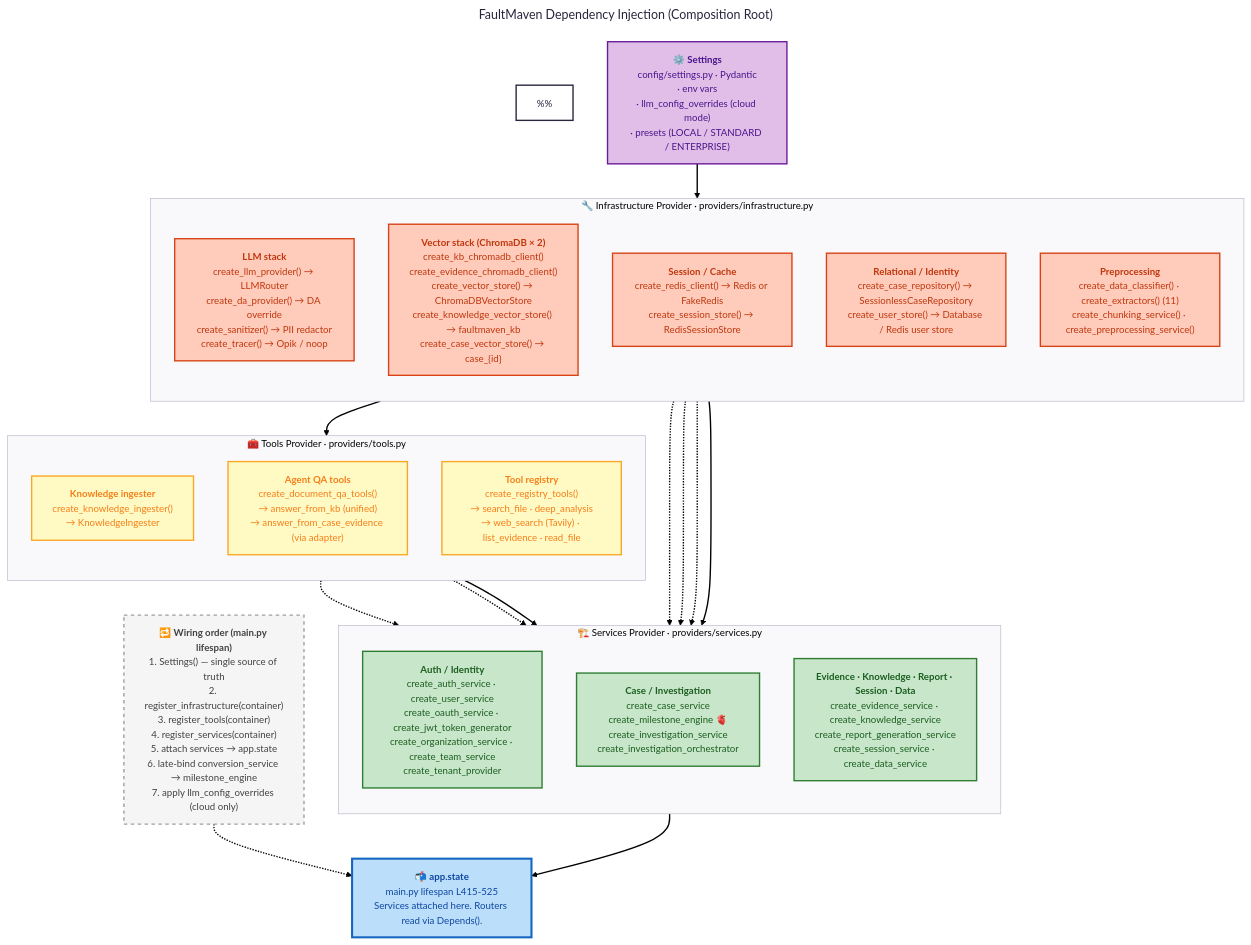
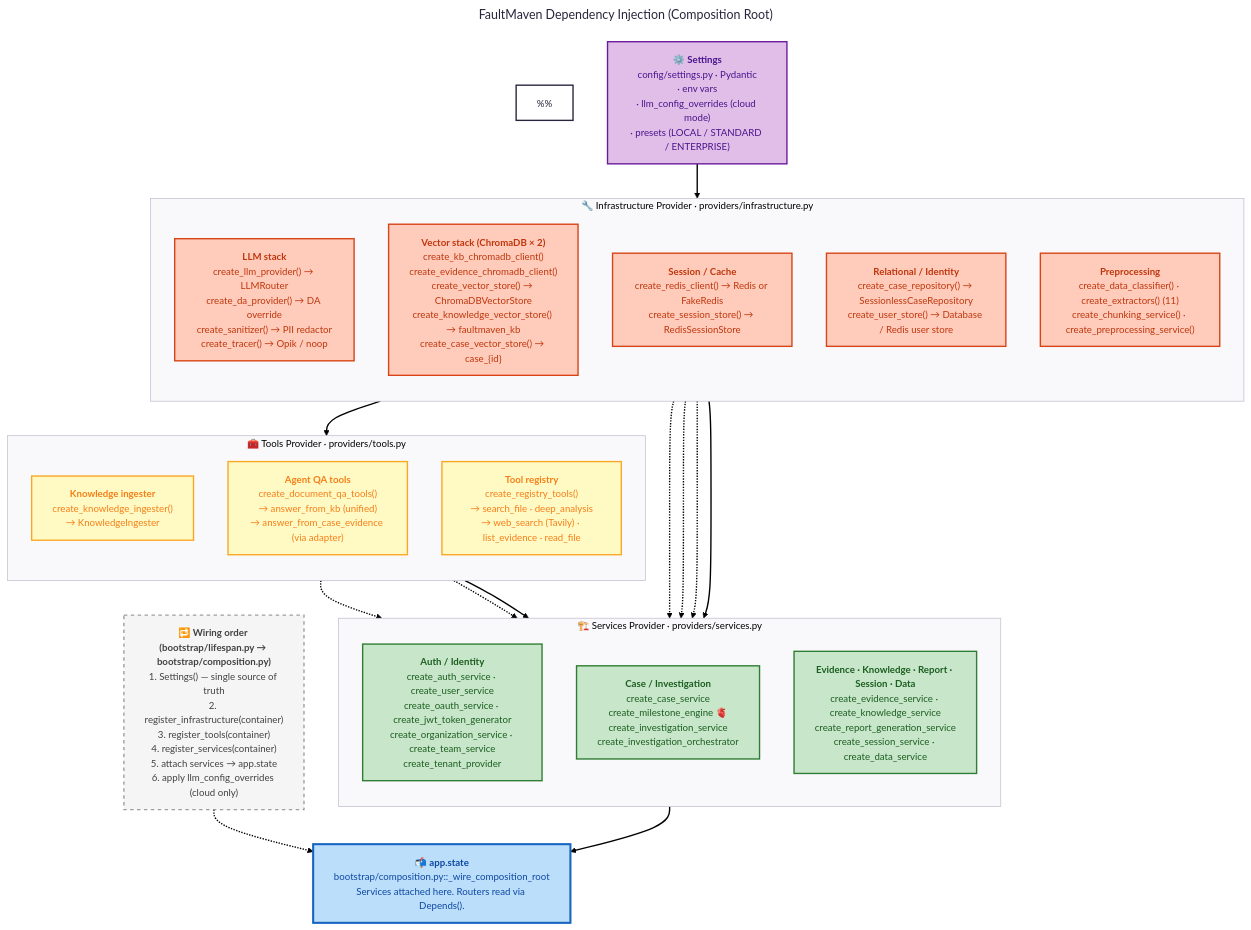
Before and after one commit to FaultMaven/faultmaven: the diagram in docs/architecture/diagrams/DI-diagram.mmd, drawn with Mermaid. The commit also changed 10 other files, not shown here.

First line of the commit message:
docs: point composition root / lifespan / middleware references at bootstrap/ (fm#1707)

```diff
--- a/docs/architecture/diagrams/DI-diagram.mmd
+++ b/docs/architecture/diagrams/DI-diagram.mmd
@@ -1,104 +1,105 @@
 ---
 config:
   theme: redux
   layout: dagre
   look: classic
 title: "FaultMaven Dependency Injection (Composition Root)"
 ---
 flowchart TB
 %% How services get composed from infrastructure at startup.
 %% Sibling primary diagram: system-architecture.mmd
 %%
 %% Sources (file:symbol):
-%%   faultmaven/main.py::lifespan                          (L325-525)
+%%   faultmaven/bootstrap/lifespan.py::lifespan             (L32-514)
+%%   faultmaven/bootstrap/composition.py::_wire_composition_root (app.state attachment, L184-516)
 %%   faultmaven/container/_container_impl.py               (init + register_* wrappers)
 %%   faultmaven/container/providers/infrastructure.py      (infra bindings)
 %%   faultmaven/container/providers/tools.py               (tools bindings)
 %%   faultmaven/container/providers/services.py            (service bindings)
 
     %% ============================================================
     %% TIER 1 — CONFIGURATION (single source of truth)
     %% ============================================================
     Settings["⚙️ <b>Settings</b><br/>config/settings.py · Pydantic<br/>· env vars<br/>· llm_config_overrides (cloud mode)<br/>· presets (LOCAL / STANDARD / ENTERPRISE)"]
 
     %% ============================================================
     %% TIER 2 — INFRASTRUCTURE PROVIDER
     %%   Creates stateless + shared-client primitives.
     %%   No business logic. Never depends on other providers.
     %% ============================================================
     subgraph INFRA["🔧 Infrastructure Provider &middot; providers/infrastructure.py"]
         direction TB
         Infra_LLM["<b>LLM stack</b><br/>create_llm_provider() → LLMRouter<br/>create_da_provider() → DA override<br/>create_sanitizer() → PII redactor<br/>create_tracer() → Opik / noop"]
         Infra_Vec["<b>Vector stack (ChromaDB × 2)</b><br/>create_kb_chromadb_client()<br/>create_evidence_chromadb_client()<br/>create_vector_store() → ChromaDBVectorStore<br/>create_knowledge_vector_store() → faultmaven_kb<br/>create_case_vector_store() → case_{id}"]
         Infra_Session["<b>Session / Cache</b><br/>create_redis_client() → Redis or FakeRedis<br/>create_session_store() → RedisSessionStore"]
         Infra_Persist["<b>Relational / Identity</b><br/>create_case_repository() → SessionlessCaseRepository<br/>create_user_store() → Database / Redis user store"]
         Infra_Prep["<b>Preprocessing</b><br/>create_data_classifier() · create_extractors() (11)<br/>create_chunking_service() · create_preprocessing_service()"]
     end
 
     %% ============================================================
     %% TIER 3 — TOOLS PROVIDER
     %%   Agent-facing tools. Depends on infrastructure only.
     %% ============================================================
     subgraph TOOLS["🧰 Tools Provider &middot; providers/tools.py"]
         direction TB
         Tools_Ingest["<b>Knowledge ingester</b><br/>create_knowledge_ingester()<br/>→ KnowledgeIngester"]
         Tools_QA["<b>Agent QA tools</b><br/>create_document_qa_tools()<br/>→ answer_from_kb (unified)<br/>→ answer_from_case_evidence (via adapter)"]
         Tools_Registry["<b>Tool registry</b><br/>create_registry_tools()<br/>→ search_file · deep_analysis<br/>→ web_search (Tavily) · list_evidence · read_file"]
     end
 
     %% ============================================================
     %% TIER 4 — SERVICES PROVIDER
     %%   Business logic. Depends on infrastructure + tools.
     %% ============================================================
     subgraph SERVICES["🏗️ Services Provider &middot; providers/services.py"]
         direction TB
         Svc_Auth["<b>Auth / Identity</b><br/>create_auth_service · create_user_service<br/>create_oauth_service · create_jwt_token_generator<br/>create_organization_service · create_team_service<br/>create_tenant_provider"]
         Svc_Case["<b>Case / Investigation</b><br/>create_case_service<br/>create_milestone_engine 🫀<br/>create_investigation_service<br/>create_investigation_orchestrator"]
         Svc_Other["<b>Evidence · Knowledge · Report · Session · Data</b><br/>create_evidence_service · create_knowledge_service<br/>create_report_generation_service<br/>create_session_service · create_data_service"]
     end
 
     %% ============================================================
     %% TIER 5 — APP.STATE
     %%   Where routers discover services via Depends().
     %% ============================================================
-    AppState["📬 <b>app.state</b><br/>main.py lifespan L415-525<br/>Services attached here. Routers read via Depends()."]
+    AppState["📬 <b>app.state</b><br/>bootstrap/composition.py::_wire_composition_root<br/>Services attached here. Routers read via Depends()."]
 
     %% ============================================================
     %% SIDE PANEL — WIRING ORDER (executed at startup)
     %% ============================================================
-    Order["🔁 <b>Wiring order (main.py lifespan)</b><br/>1. Settings() — single source of truth<br/>2. register_infrastructure(container)<br/>3. register_tools(container)<br/>4. register_services(container)<br/>5. attach services → app.state<br/>6. late-bind conversion_service → milestone_engine<br/>7. apply llm_config_overrides (cloud only)"]
+    Order["🔁 <b>Wiring order (bootstrap/lifespan.py → bootstrap/composition.py)</b><br/>1. Settings() — single source of truth<br/>2. register_infrastructure(container)<br/>3. register_tools(container)<br/>4. register_services(container)<br/>5. attach services → app.state<br/>6. apply llm_config_overrides (cloud only)"]
 
     %% ============================================================
     %% EDGES (high-signal flows only)
     %% ============================================================
     Settings --> INFRA
     INFRA --> TOOLS
     INFRA --> SERVICES
     TOOLS --> SERVICES
     SERVICES --> AppState
 
     %% Zoom-in edges to highlight the milestone engine's dependencies:
     Infra_LLM -.-> Svc_Case
     Infra_Persist -.-> Svc_Case
     Infra_Vec -.-> Svc_Case
     Tools_QA -.-> Svc_Case
     Tools_Registry -.-> Svc_Case
 
     Order -.-> AppState
 
     %% ============================================================
     %% STYLING
     %% ============================================================
     classDef settings fill:#e1bee7,stroke:#6a1b9a,stroke-width:2px,color:#4a148c
     classDef infra fill:#ffccbc,stroke:#d84315,color:#bf360c
     classDef tools fill:#fff9c4,stroke:#f9a825,color:#f57f17
     classDef services fill:#c8e6c9,stroke:#2e7d32,color:#1b5e20
     classDef state fill:#bbdefb,stroke:#1565c0,stroke-width:3px,color:#0d47a1
     classDef note fill:#f5f5f5,stroke:#9e9e9e,stroke-dasharray: 5 5,color:#424242
 
     class Settings settings
     class Infra_LLM,Infra_Vec,Infra_Session,Infra_Persist,Infra_Prep infra
     class Tools_Ingest,Tools_QA,Tools_Registry tools
     class Svc_Auth,Svc_Case,Svc_Other services
     class AppState state
     class Order note
```
